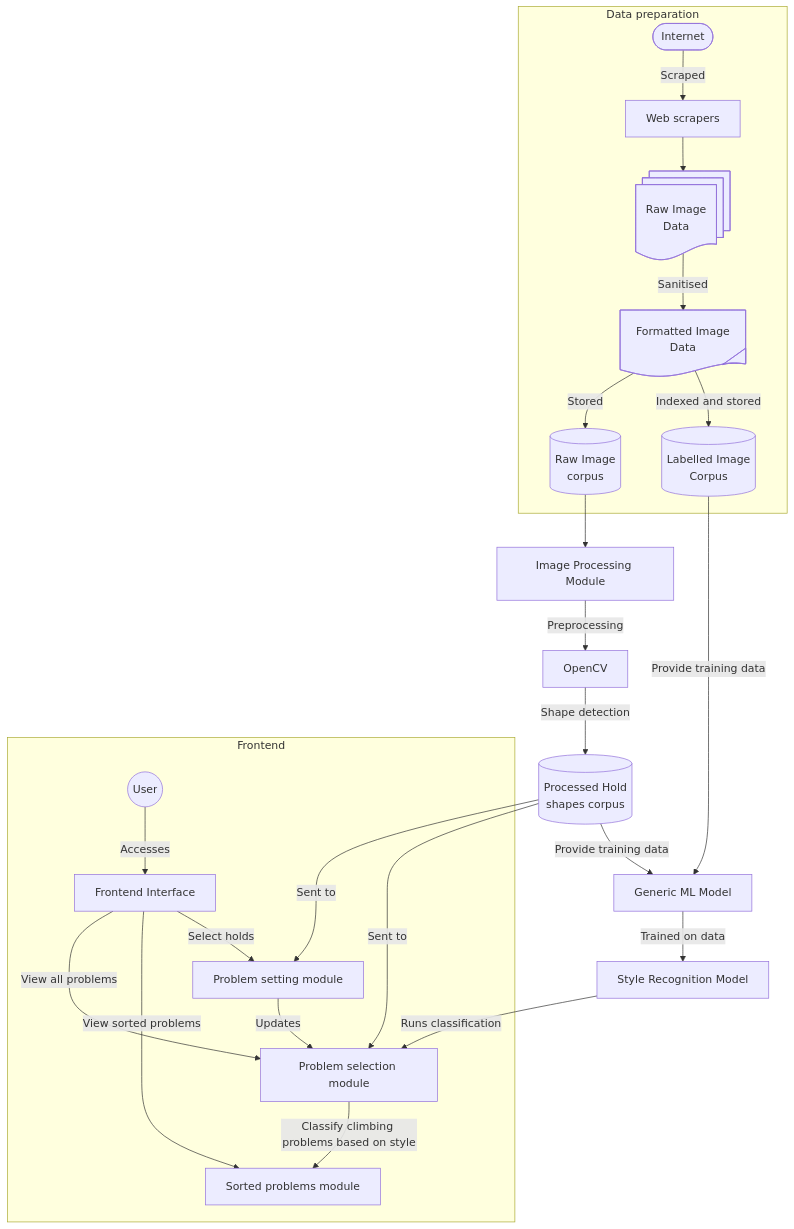
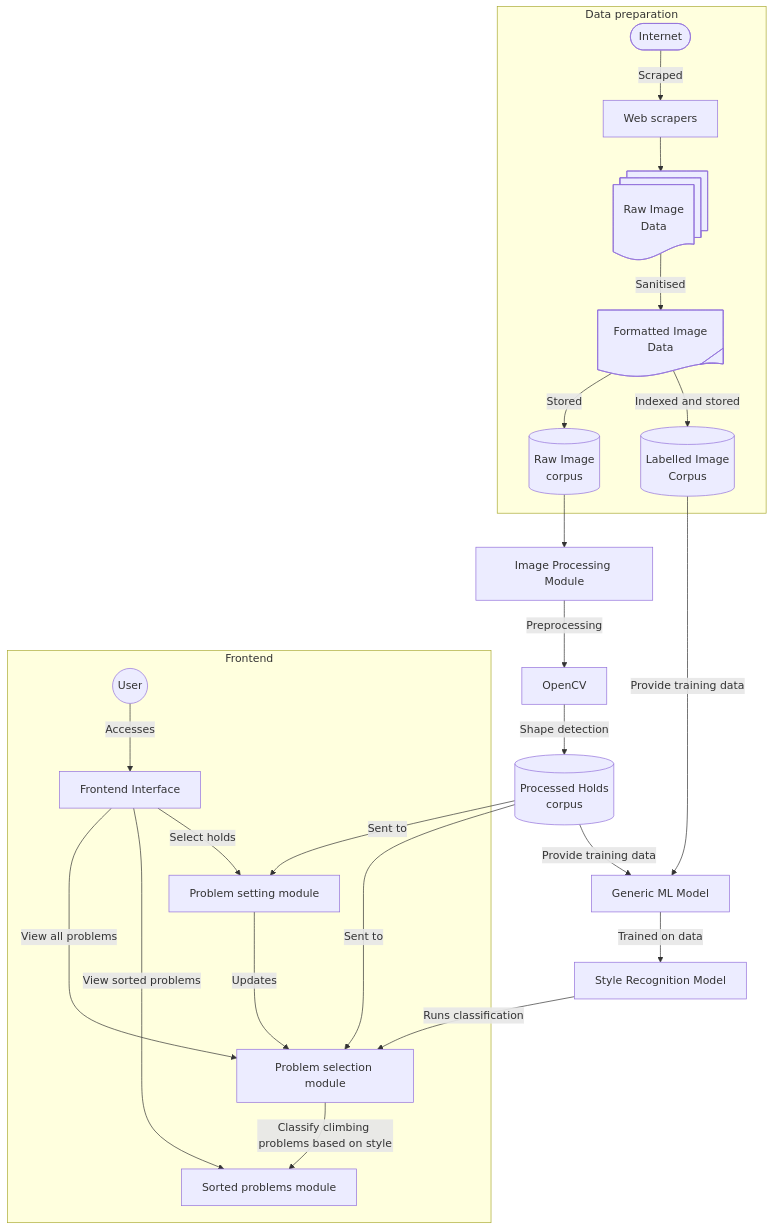
Before and after one commit to gongahkia/cornifer: the diagram in README.md, drawn with Mermaid.

Commit message:
feat(app): one possible dispaly

````diff
--- a/README.md
+++ b/README.md
@@ -13,28 +13,27 @@
 ```mermaid
 graph TD;
     subgraph "Data preparation"
         V([Internet]) -->|Scraped| W[Web scrapers] 
         W --> Data@{shape: docs, label: "Raw Image<br>Data"}
         Data -->|Sanitised| Formatted@{ shape: tag-doc, label: "Formatted Image<br>Data"}
         Formatted --> |Stored| A[(Raw Image<br>corpus)]
         Formatted --> |Indexed and stored| B[(Labelled Image<br>Corpus)]
     end
     A --> D[Image Processing Module]
     D --> |Preprocessing| E[OpenCV]
-    E -->|Shape detection| F[(Processed Hold <br>shapes corpus)]
+    E -->|Shape detection| F[(Processed Holds<br>corpus)]
         F -->|Sent to| G[Problem setting module]
         F -->|Sent to| L[Problem selection module]
-
     subgraph "Frontend"
         G -->|Updates| L
         M@{ shape: circle, label: "User" } --> |Accesses| K
         K[Frontend Interface]-->|View all problems|L
-        K --> |View sorted problems| Y
+        K -----> |View sorted problems| Y
         K --> |Select holds|G
     end
     B -->|Provide training data| H[Generic ML Model]
     F -->|Provide training data| H
     H -->|Trained on data| I[Style Recognition Model]
     I --> |Runs classification| L
     L --> |Classify climbing problems based on style| Y[Sorted problems module]
 ```
````
